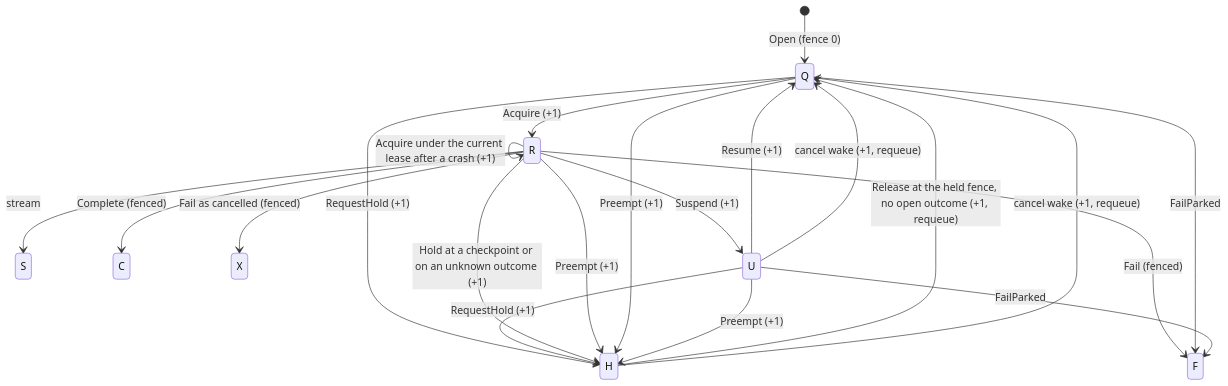
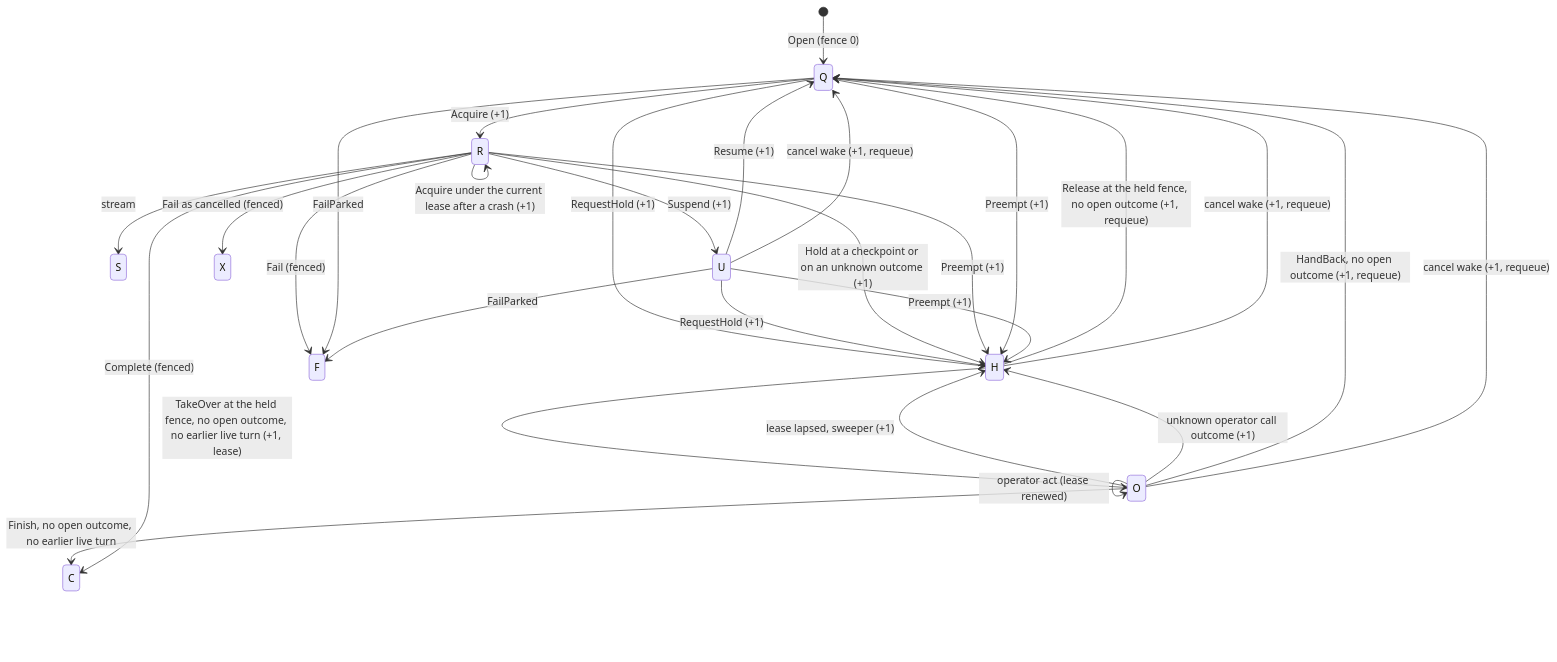
One commit to nauticana/scout changed the first of 2 diagrams in doc/persistence.md. Above: the diagram before and after it, drawn with Mermaid. The commit also changed other lines of this file and 88 other files, not shown here.

````diff
--- a/doc/persistence.md
+++ b/doc/persistence.md
@@ -93,23 +102,30 @@
 ```mermaid
 stateDiagram-v2
     [*] --> Q: Open (fence 0)
     Q --> R: Acquire (+1)
     R --> R: Acquire under the current lease after a crash (+1)
     R --> S: stream
     R --> U: Suspend (+1)
     U --> Q: Resume (+1)
     Q --> H: RequestHold (+1)
     U --> H: RequestHold (+1)
     R --> H: Hold at a checkpoint or on an unknown outcome (+1)
     R --> H: Preempt (+1)
     Q --> H: Preempt (+1)
     U --> H: Preempt (+1)
     H --> Q: Release at the held fence, no open outcome (+1, requeue)
+    H --> O: TakeOver at the held fence, no open outcome, no earlier live turn (+1, lease)
+    O --> O: operator act (lease renewed)
+    O --> H: lease lapsed, sweeper (+1)
+    O --> H: unknown operator call outcome (+1)
+    O --> Q: HandBack, no open outcome (+1, requeue)
+    O --> C: Finish, no open outcome, no earlier live turn
     H --> Q: cancel wake (+1, requeue)
+    O --> Q: cancel wake (+1, requeue)
     U --> Q: cancel wake (+1, requeue)
     R --> C: Complete (fenced)
     R --> F: Fail (fenced)
     R --> X: Fail as cancelled (fenced)
     Q --> F: FailParked
     U --> F: FailParked
 ```
````
